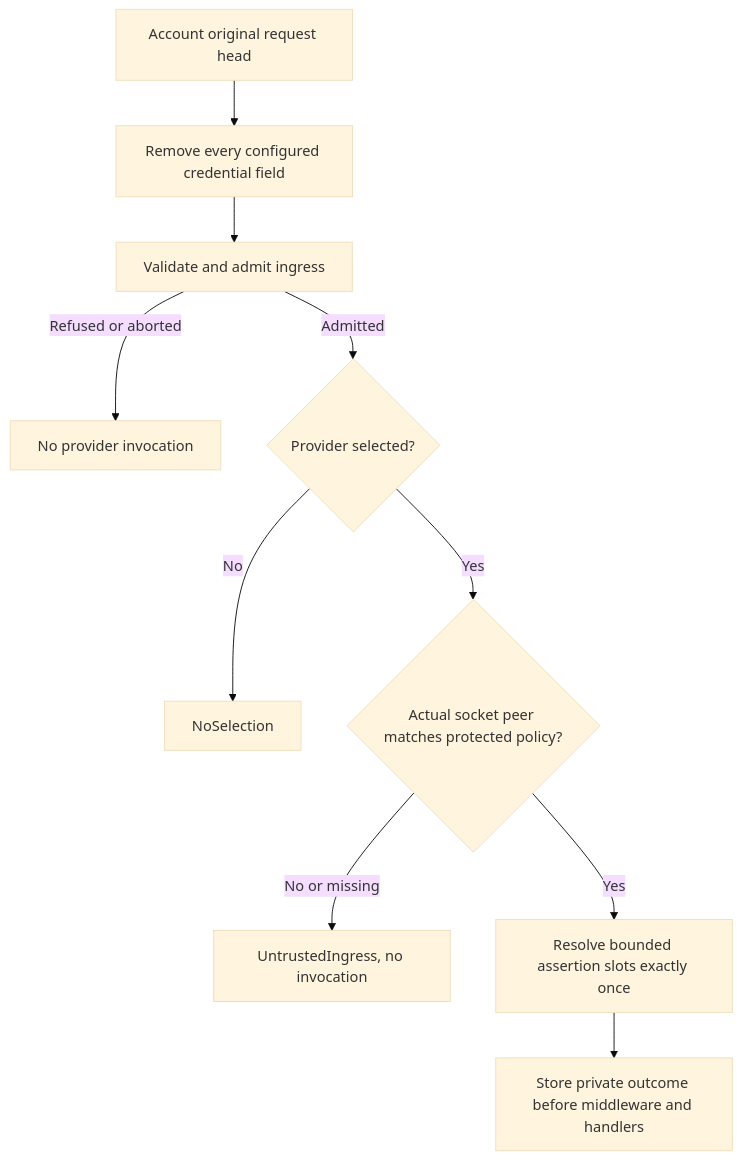
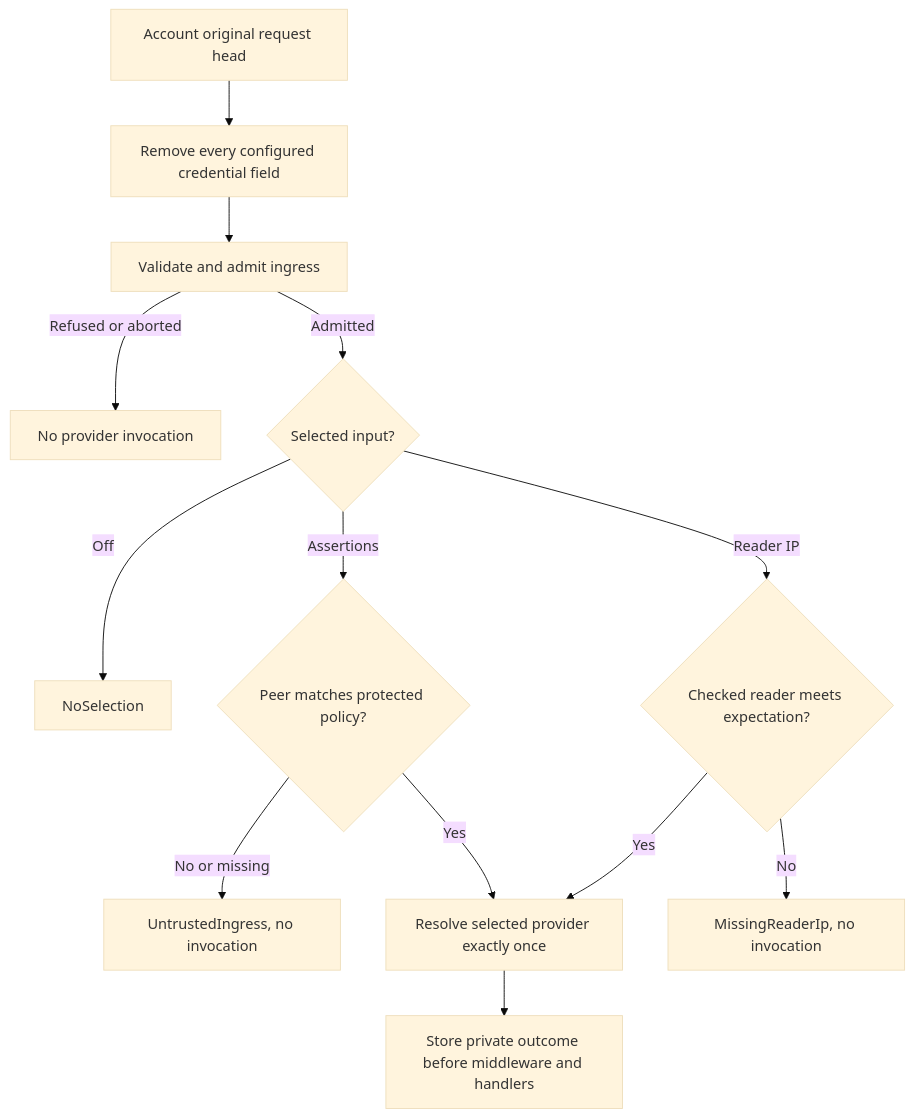
The diagram in docs/guide/native-geo.md (IABTechLab/edgezero), drawn with Mermaid (base theme) before and after one commit. The commit also changed other lines of this file and 52 other files, not shown here.

Commit message:
feat(axum): draft local GeoLite provider and checked reader inputs

````diff
--- a/docs/guide/native-geo.md
+++ b/docs/guide/native-geo.md
@@ -181,12 +351,15 @@
 ```mermaid
 flowchart TD
     Head[Account original request head] --> Strip[Remove every configured credential field]
     Strip --> Admission[Validate and admit ingress]
     Admission -->|Refused or aborted| Stop[No provider invocation]
-    Admission -->|Admitted| Selection{Provider selected?}
-    Selection -->|No| Off[NoSelection]
-    Selection -->|Yes| Peer{Actual socket peer matches protected policy?}
+    Admission -->|Admitted| Selection{Selected input?}
+    Selection -->|Off| Off[NoSelection]
+    Selection -->|Assertions| Peer{Peer matches protected policy?}
     Peer -->|No or missing| Untrusted[UntrustedIngress, no invocation]
-    Peer -->|Yes| Resolve[Resolve bounded assertion slots exactly once]
+    Peer -->|Yes| Resolve[Resolve selected provider exactly once]
+    Selection -->|Reader IP| Reader{Checked reader meets expectation?}
+    Reader -->|No| Missing[MissingReaderIp, no invocation]
+    Reader -->|Yes| Resolve
     Resolve --> Context[Store private outcome before middleware and handlers]
 ```
````
